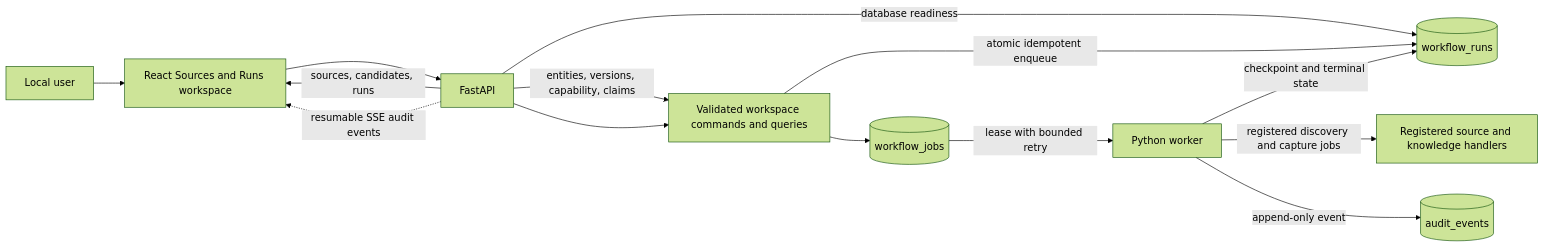
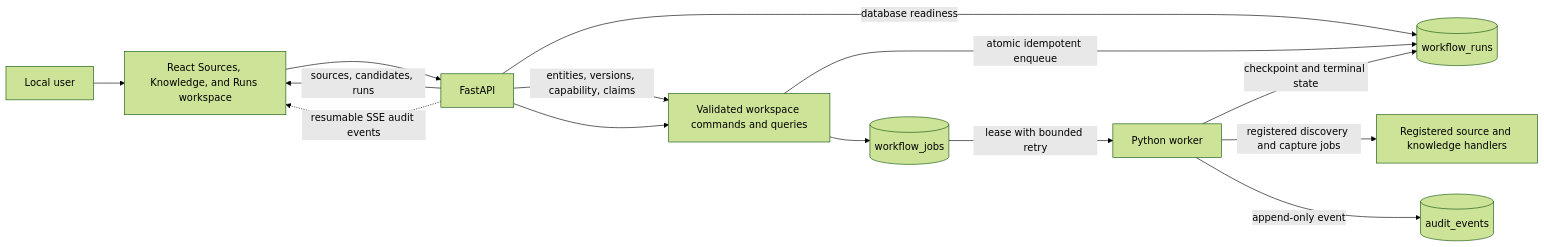
Before and after one commit to Wenqi77Zhang/GameCrafter-Agent: the second of 15 diagrams in docs/architecture/system-architecture.md, drawn with Mermaid (forest theme). The commit also changed other lines of this file and 9 other files, not shown here.

First line of the commit message:
build: add C2.4b Knowledge workspace (#11)

````diff
--- a/docs/architecture/system-architecture.md
+++ b/docs/architecture/system-architecture.md
@@ -32,25 +32,25 @@
 ```mermaid
 flowchart LR
     USER["Local user"]
-    WEB["React Sources and Runs workspace"]
+    WEB["React Sources, Knowledge, and Runs workspace"]
     API["FastAPI"]
     COMMAND["Validated workspace commands and queries"]
     RUNS[("workflow_runs")]
     JOBS[("workflow_jobs")]
     AUDIT[("audit_events")]
     WORKER["Python worker"]
     HANDLER["Registered source and knowledge handlers"]
 
     USER --> WEB --> API
     API -->|"sources, candidates, runs"| WEB
     API -->|"entities, versions, capability, claims"| COMMAND
     API -. "resumable SSE audit events" .-> WEB
     API -->|"database readiness"| RUNS
     API --> COMMAND
     COMMAND -->|"atomic idempotent enqueue"| RUNS
     COMMAND --> JOBS
     JOBS -->|"lease with bounded retry"| WORKER
     WORKER -->|"registered discovery and capture jobs"| HANDLER
     WORKER -->|"checkpoint and terminal state"| RUNS
     WORKER -->|"append-only event"| AUDIT
 ```
````
